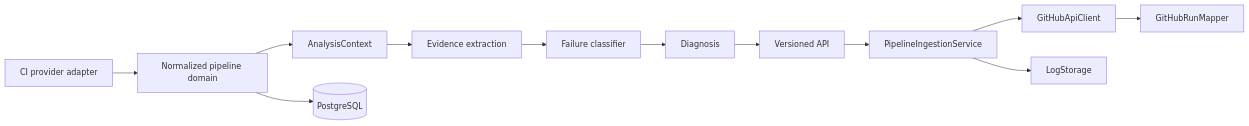
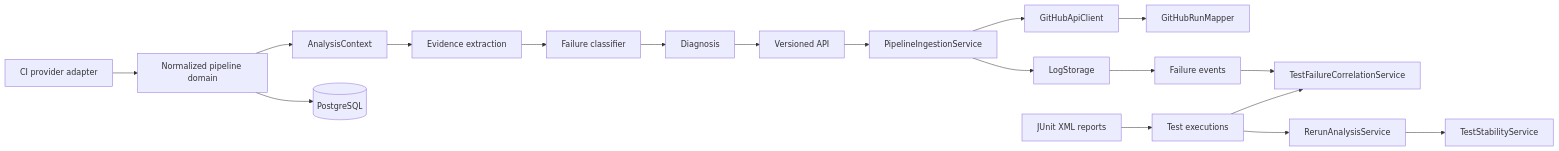
The diagram in docs/architecture.md (Phantom-scream/Axiom), drawn with Mermaid before and after one commit. The commit also changed other lines of this file and 24 other files, not shown here.

Commit message:
feat: complete test correlation and rerun analysis

````diff
--- a/docs/architecture.md
+++ b/docs/architecture.md
@@ -5,14 +5,20 @@
 ```mermaid
 flowchart LR
   P[CI provider adapter] --> N[Normalized pipeline domain]
   N --> C[AnalysisContext]
   C --> E[Evidence extraction]
   E --> F[Failure classifier]
   F --> D[Diagnosis]
   D --> API[Versioned API]
   N --> DB[(PostgreSQL)]
   API --> I[PipelineIngestionService]
   I --> G[GitHubApiClient]
   G --> M[GitHubRunMapper]
   I --> L[LogStorage]
+  L --> FE[Failure events]
+  TR[JUnit XML reports] --> TE[Test executions]
+  FE --> TC[TestFailureCorrelationService]
+  TE --> TC
+  TE --> RA[RerunAnalysisService]
+  RA --> TS[TestStabilityService]
 ```
````
